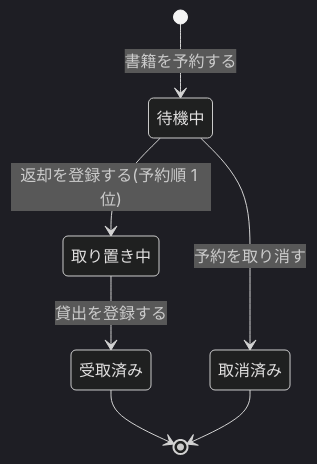
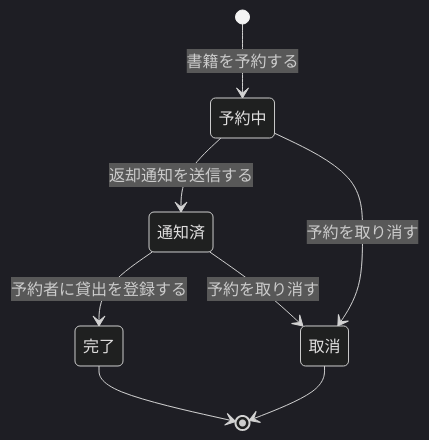
Before and after one commit to suwa-sh/suwa-sh-claude-plugins: the fourth of 4 diagrams in samples/distillery2/library-loan/docs/requirements/_review-summary.md, drawn with Mermaid (dark theme). The commit also changed other lines of this file and 249 other files, not shown here.

````diff
--- a/samples/distillery2/library-loan/docs/requirements/_review-summary.md
+++ b/samples/distillery2/library-loan/docs/requirements/_review-summary.md
@@ -108,9 +136,10 @@
 ```mermaid
 stateDiagram-v2
-  [*] --> 待機中: 書籍を予約する
-  待機中 --> 取り置き中: 返却を登録する(予約順 1 位)
-  待機中 --> 取消済み: 予約を取り消す
-  取り置き中 --> 受取済み: 貸出を登録する
-  受取済み --> [*]
-  取消済み --> [*]
+  [*] --> 予約中: 書籍を予約する
+  予約中 --> 通知済: 返却通知を送信する
+  通知済 --> 完了: 予約者に貸出を登録する
+  予約中 --> 取消: 予約を取り消す
+  通知済 --> 取消: 予約を取り消す
+  完了 --> [*]
+  取消 --> [*]
 ```
````
